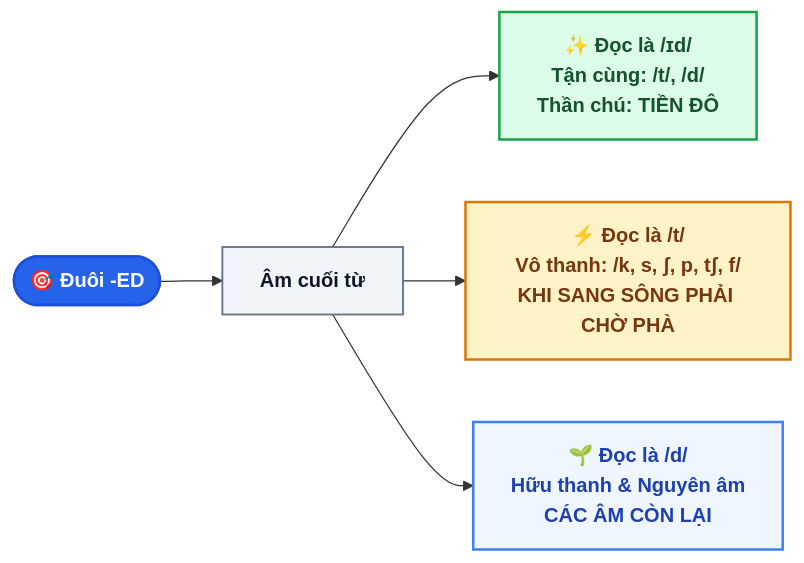
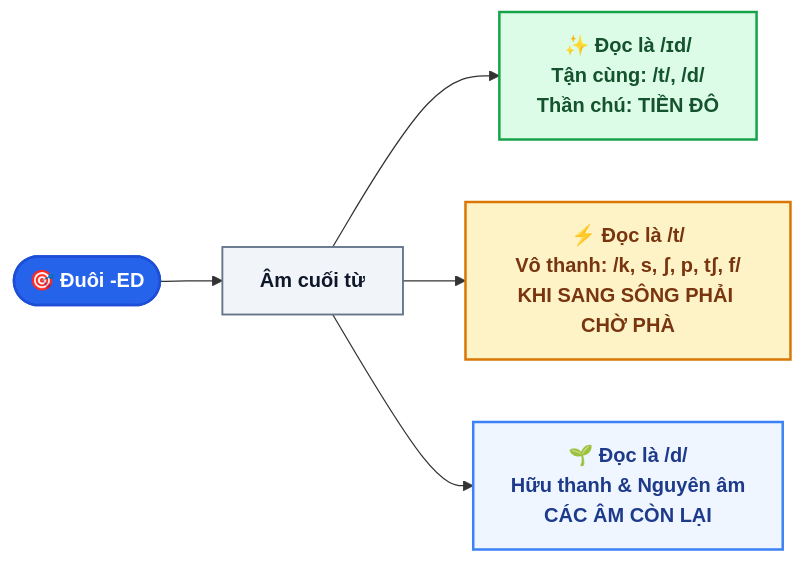
Before and after one commit to tuankiet2510/Grade10Entrance: the diagram in EnglishDocs/docs/lessons/chuyen_de_1_phat_am_ed_mastery.md, drawn with Mermaid. The commit also changed 14 other files, not shown here.

Commit message:
fix(ui): resolve Mermaid dark/light contrast issue across all English lessons

````diff
--- a/EnglishDocs/docs/lessons/chuyen_de_1_phat_am_ed_mastery.md
+++ b/EnglishDocs/docs/lessons/chuyen_de_1_phat_am_ed_mastery.md
@@ -13,13 +13,13 @@
 ```mermaid
 flowchart LR
     A(["🎯 Đuôi -ED"]) --> B["Âm cuối từ"]
     B --> C["✨ Đọc là /ɪd/<br/>Tận cùng: /t/, /d/<br/>Thần chú: TIỀN ĐÔ"]
     B --> D["⚡ Đọc là /t/<br/>Vô thanh: /k, s, ʃ, p, tʃ, f/<br/>KHI SANG SÔNG PHẢI CHỜ PHÀ"]
     B --> E["🌱 Đọc là /d/<br/>Hữu thanh & Nguyên âm<br/>CÁC ÂM CÒN LẠI"]
     
     style A fill:#2563eb,stroke:#1d4ed8,stroke-width:2px,color:#ffffff,font-weight:bold
     style B fill:#f1f5f9,stroke:#64748b,stroke-width:1.5px,color:#0f172a,font-weight:bold
     style C fill:#dcfce7,stroke:#16a34a,stroke-width:2px,color:#14532d,font-weight:bold
     style D fill:#fef3c7,stroke:#d97706,stroke-width:2px,color:#78350f,font-weight:bold
-    style E fill:#eff6ff,stroke:#3b82f6,stroke-width:2px,color:#1e40af,font-weight:bold
+    style E fill:#eff6ff,stroke:#3b82f6,stroke-width:2px,color:#1e3a8a,font-weight:bold
 ```
````
